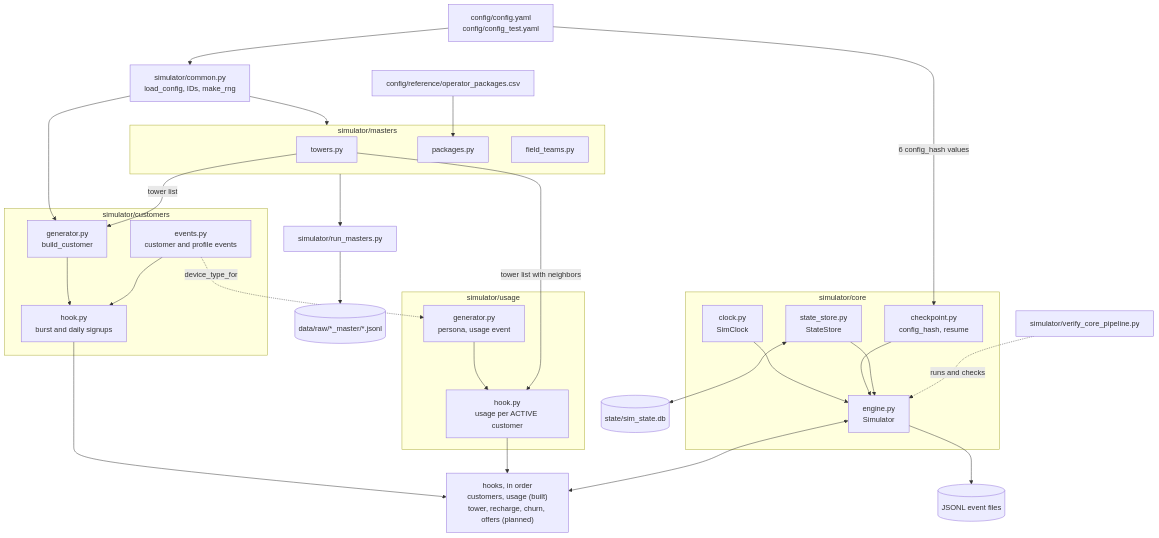
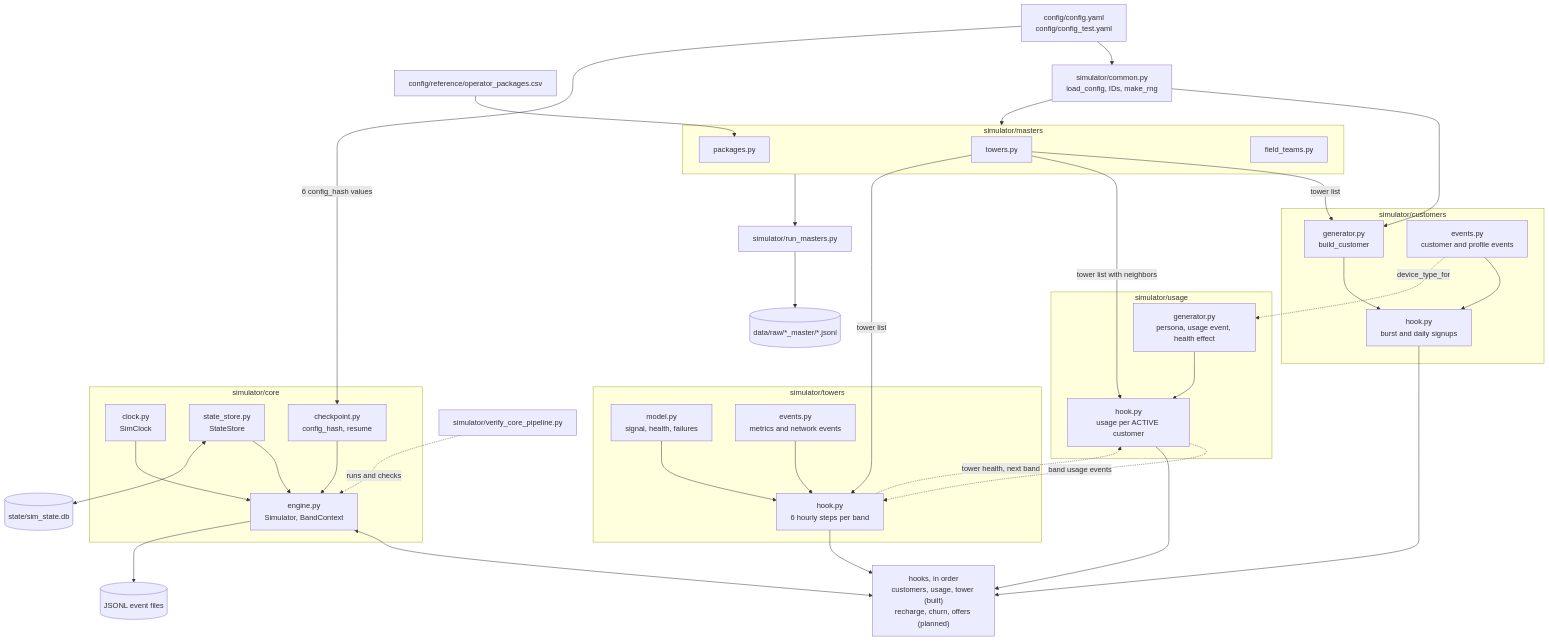
One commit to bilawal-tech/churnguard changed the second of 2 diagrams in README.md. Above: the diagram before and after it, drawn with Mermaid. The commit also changed other lines of this file and 1 other file, not shown here.

Commit message:
Step 5: README and tower health doc

````diff
--- a/README.md
+++ b/README.md
@@ -46,60 +47,72 @@
 ```mermaid
 flowchart TD
     CFG["config/config.yaml<br/>config/config_test.yaml"]
     CSV["config/reference/operator_packages.csv"]
     COMMON["simulator/common.py<br/>load_config, IDs, make_rng"]
 
     subgraph MAS["simulator/masters"]
         TOW["towers.py"]
         PKG["packages.py"]
         TEAM["field_teams.py"]
     end
 
     RUNM["simulator/run_masters.py"]
     RAWM[("data/raw/*_master/*.jsonl")]
 
     subgraph CUST["simulator/customers"]
         GEN["generator.py<br/>build_customer"]
         EVT["events.py<br/>customer and profile events"]
         CHOOK["hook.py<br/>burst and daily signups"]
     end
 
     subgraph USE["simulator/usage"]
-        UGEN["generator.py<br/>persona, usage event"]
+        UGEN["generator.py<br/>persona, usage event, health effect"]
         UHOOK["hook.py<br/>usage per ACTIVE customer"]
+    end
+
+    subgraph TWR["simulator/towers"]
+        TMODEL["model.py<br/>signal, health, failures"]
+        TEVT["events.py<br/>metrics and network events"]
+        THOOK["hook.py<br/>6 hourly steps per band"]
     end
 
     subgraph CORE["simulator/core"]
         CLOCK["clock.py<br/>SimClock"]
         STORE["state_store.py<br/>StateStore"]
         CKPT["checkpoint.py<br/>config_hash, resume"]
-        ENGINE["engine.py<br/>Simulator"]
+        ENGINE["engine.py<br/>Simulator, BandContext"]
     end
 
     DB[("state/sim_state.db")]
-    HOOKS["hooks, in order<br/>customers, usage (built)<br/>tower, recharge, churn, offers (planned)"]
+    HOOKS["hooks, in order<br/>customers, usage, tower (built)<br/>recharge, churn, offers (planned)"]
     EVENTS[("JSONL event files")]
     VERIFY["simulator/verify_core_pipeline.py"]
 
     CFG --> COMMON
     CSV --> PKG
     COMMON --> MAS
     MAS --> RUNM --> RAWM
     COMMON --> GEN
     TOW -->|"tower list"| GEN
     GEN --> CHOOK
     EVT --> CHOOK
     EVT -.->|"device_type_for"| UGEN
     UGEN --> UHOOK
     TOW -->|"tower list with neighbors"| UHOOK
+    TOW -->|"tower list"| THOOK
+    TMODEL --> THOOK
+    TEVT --> THOOK
+    UHOOK -.->|"band usage events"| THOOK
+    THOOK -.->|"tower health, next band"| UHOOK
     CFG -->|"6 config_hash values"| CKPT
     CLOCK --> ENGINE
     CKPT --> ENGINE
     STORE --> ENGINE
     STORE <--> DB
     CHOOK --> HOOKS
     UHOOK --> HOOKS
+    THOOK --> HOOKS
     ENGINE <--> HOOKS
     ENGINE --> EVENTS
     VERIFY -.->|"runs and checks"| ENGINE
 ```
````
